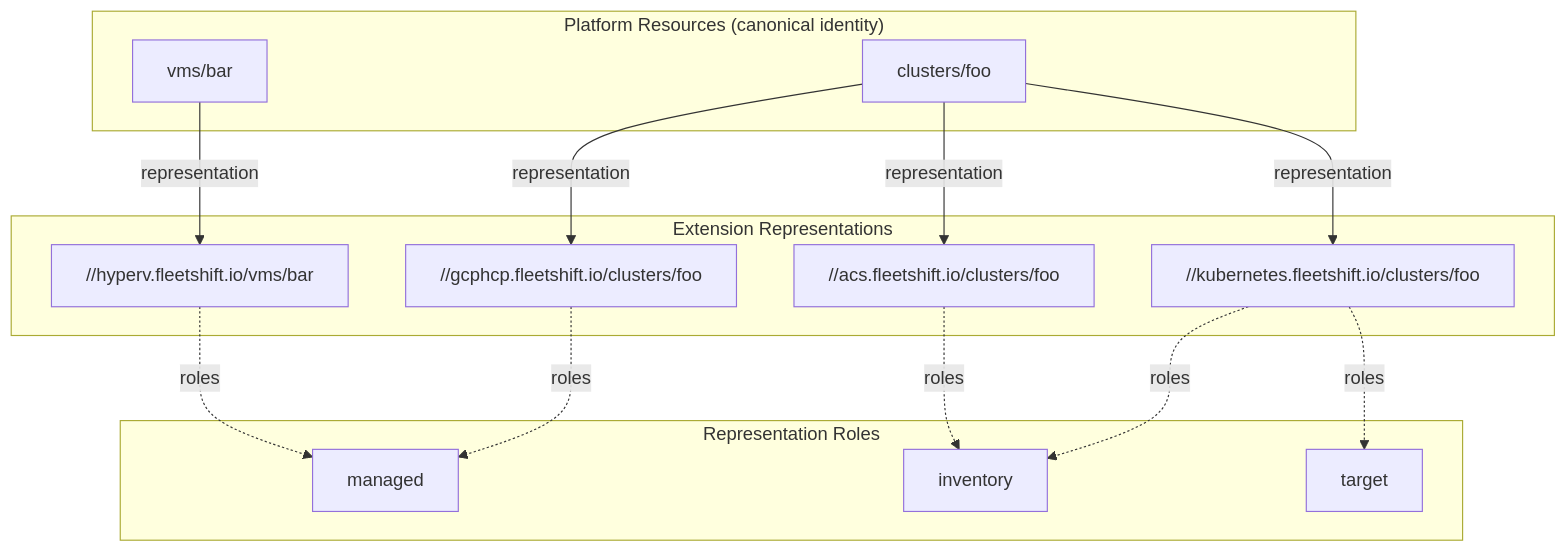
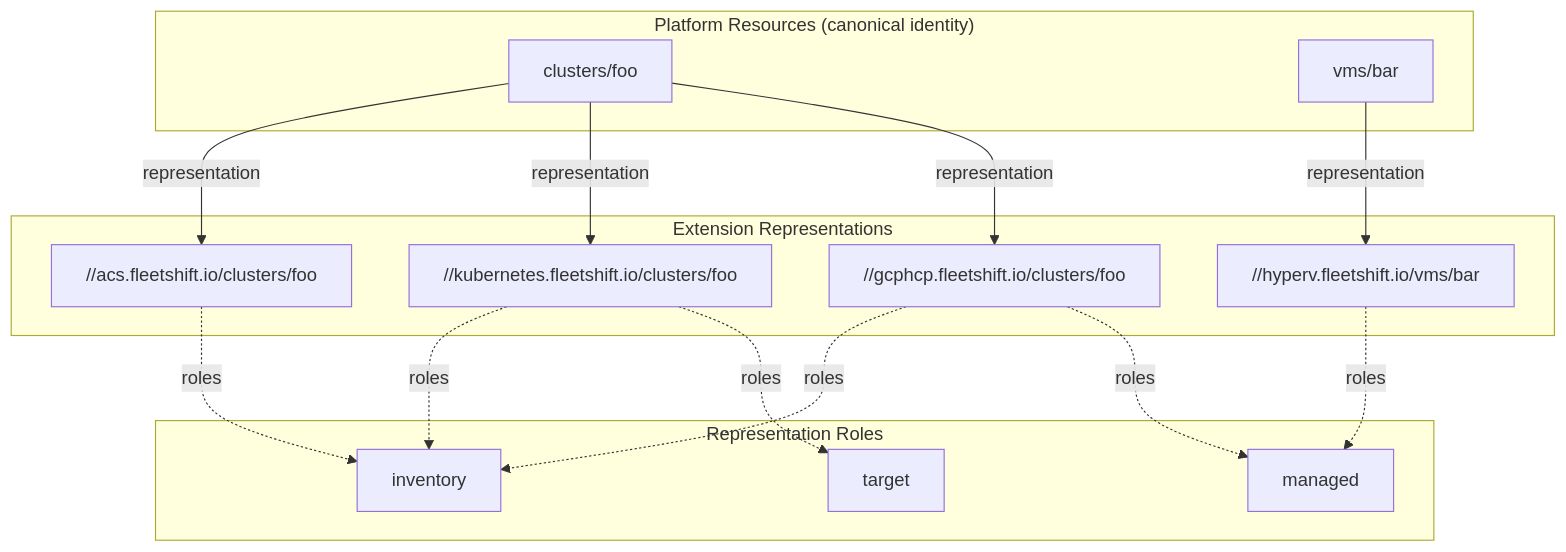
One commit to fleetshift/fleetshift-poc changed the diagram in docs/design/architecture/resource_identity_and_api.md. Above: the diagram before and after it, drawn with Mermaid. The commit also changed other lines of this file and 77 other files, not shown here.

````diff
--- a/docs/design/architecture/resource_identity_and_api.md
+++ b/docs/design/architecture/resource_identity_and_api.md
@@ -55,30 +55,31 @@
 ```mermaid
 graph TB
     subgraph platformLayer ["Platform Resources (canonical identity)"]
         platformCluster["clusters/foo"]
         platformVM["vms/bar"]
     end
 
     subgraph extLayer ["Extension Representations"]
         gcphcp["//gcphcp.fleetshift.io/clusters/foo"]
         k8s["//kubernetes.fleetshift.io/clusters/foo"]
         acs["//acs.fleetshift.io/clusters/foo"]
         hyperv["//hyperv.fleetshift.io/vms/bar"]
     end
 
     subgraph rolesLegend ["Representation Roles"]
         managed["managed"]
         inventory["inventory"]
         target["target"]
     end
 
     platformCluster -->|representation| gcphcp
     platformCluster -->|representation| k8s
     platformCluster -->|representation| acs
     gcphcp -.->|roles| managed
+    gcphcp -.->|roles| inventory
     k8s -.->|roles| target
     k8s -.->|roles| inventory
     acs -.->|roles| inventory
     platformVM -->|representation| hyperv
     hyperv -.->|roles| managed
 ```
````
